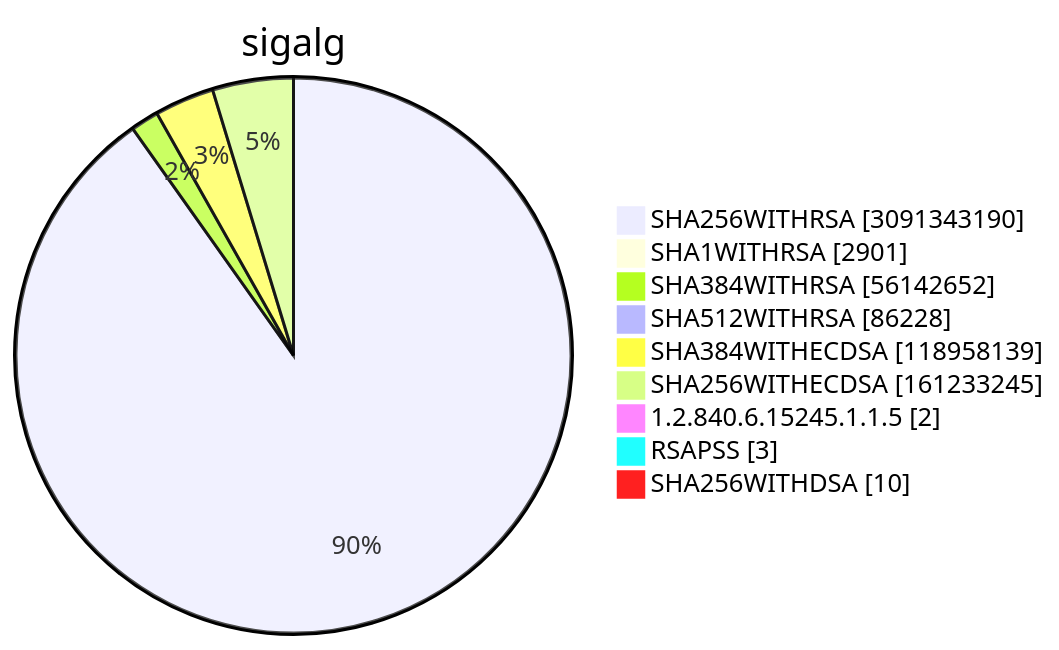
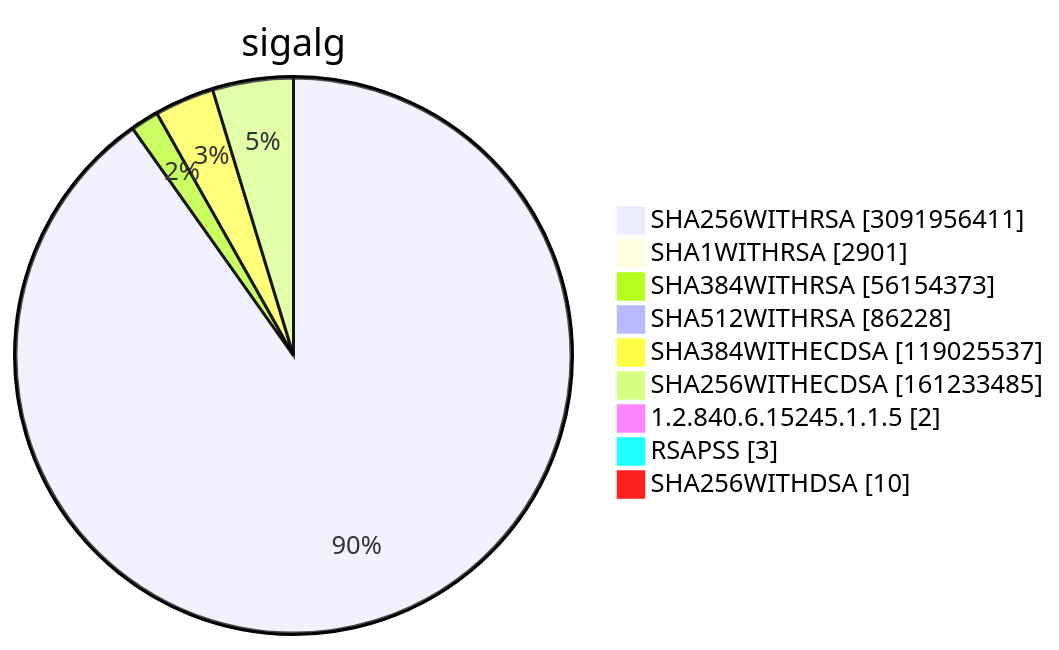
Before and after one commit to christiankrug/ctmonitor_visualization: diagram 15 of 15 in TOTAL/README.md, drawn with Mermaid. The commit also changed other lines of this file, not shown here.

````diff
--- a/TOTAL/README.md
+++ b/TOTAL/README.md
@@ -6211,13 +6211,13 @@
 ```mermaid
 pie showData
 title sigalg
-"SHA256WITHRSA" :3091343190
+"SHA256WITHRSA" :3091956411
 "SHA1WITHRSA" :2901
-"SHA384WITHRSA" :56142652
+"SHA384WITHRSA" :56154373
 "SHA512WITHRSA" :86228
-"SHA384WITHECDSA" :118958139
-"SHA256WITHECDSA" :161233245
+"SHA384WITHECDSA" :119025537
+"SHA256WITHECDSA" :161233485
 "1.2.840.6.15245.1.1.5" :2
 "RSAPSS" :3
 "SHA256WITHDSA" :10
 ```
````
